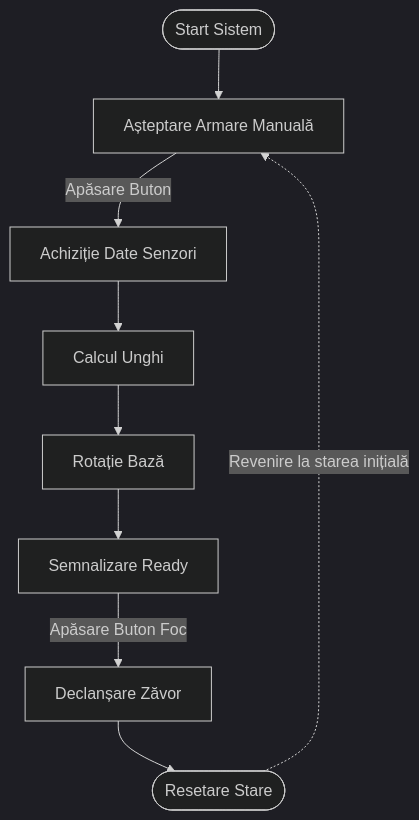
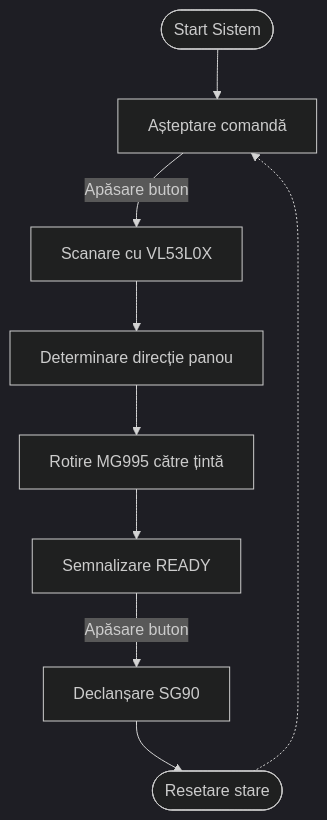
Before and after one commit to UPB-PMRust/website: the second of 2 diagrams in website/versioned_docs/version-acs_cc/project/2026/vlad.raris/index.md, drawn with Mermaid (dark theme). The commit also changed other lines of this file and 1 other file, not shown here.

````diff
--- a/website/versioned_docs/version-acs_cc/project/2026/vlad.raris/index.md
+++ b/website/versioned_docs/version-acs_cc/project/2026/vlad.raris/index.md
@@ -96,11 +129,11 @@
 ```mermaid
 flowchart TD
-    A([Start Sistem]) --> B[Așteptare Armare Manuală]
-    B -->|Apăsare Buton| C[Achiziție Date Senzori]
-    C --> D[Calcul Unghi]
-    D --> E[Rotație Bază]
-    E --> F[Semnalizare Ready]
-    F -->|Apăsare Buton Foc| G[Declanșare Zăvor]
-    G --> H([Resetare Stare])
-    H -.->|Revenire la starea inițială| B
+    A([Start Sistem]) --> B[Așteptare comandă]
+    B -->|Apăsare buton| C[Scanare cu VL53L0X]
+    C --> D[Determinare direcție panou]
+    D --> E[Rotire MG995 către țintă]
+    E --> F[Semnalizare READY]
+    F -->|Apăsare buton| G[Declanșare SG90]
+    G --> H([Resetare stare])
+    H -.-> B
 ```
````
